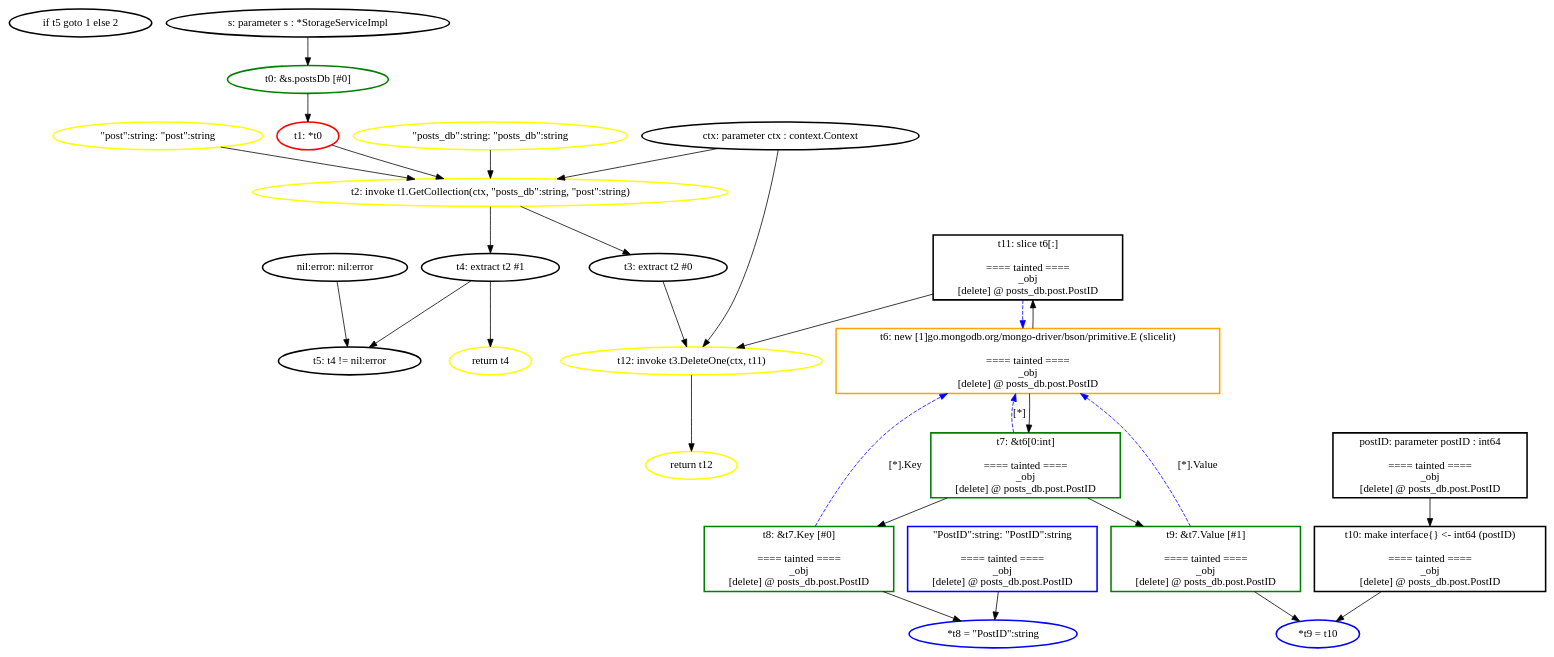
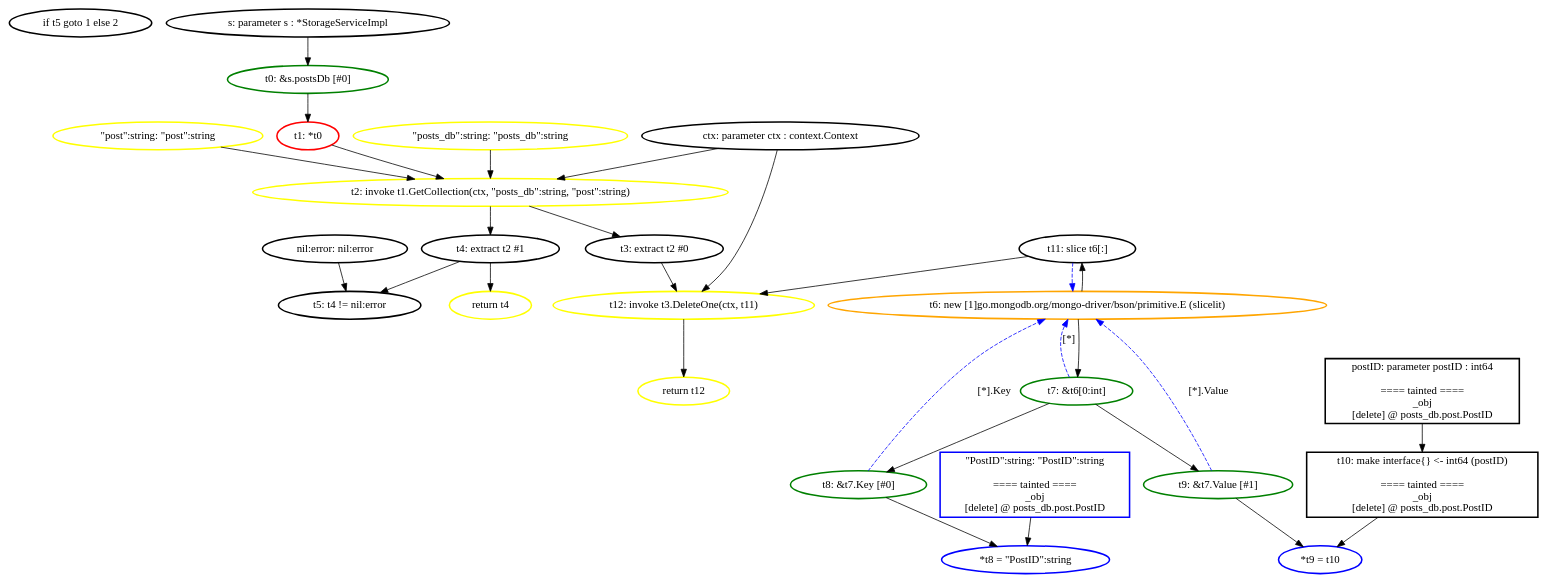
Before and after one commit to aletheia-microservices/aletheia: the diagram in ssa_analysis/analyzer/output/postnotification_simple/ssagraphs/postnotification_simple.StorageService.DeletePost.dot, drawn with Graphviz. The commit also changed 483 other files, not shown here.

Commit message:
feat(taint): taint nosql objects for operations using multi-get cursors and nested bson filters

```diff
--- a/ssa_analysis/analyzer/output/postnotification_simple/ssagraphs/postnotification_simple.StorageService.DeletePost.dot
+++ b/ssa_analysis/analyzer/output/postnotification_simple/ssagraphs/postnotification_simple.StorageService.DeletePost.dot
@@ -1,101 +1,76 @@
 digraph G {
 	rankdir=TD;
-	N_instr__2071246046 [label="if t5 goto 1 else 2", style=bold, shape=ellipse, color="black"];
-	N_instr__2071246046 [label="if t5 goto 1 else 2", style=bold, shape=ellipse, color="black"];
-	N_instr_ret_3247999 [label="return t4", style=bold, shape=ellipse, color="yellow"];
-	N_instr_ret_3247999 [label="return t4", style=bold, shape=ellipse, color="yellow"];
-	N_instr_ret_3248064 [label="return t12", style=bold, shape=ellipse, color="yellow"];
-	N_instr_ret_3248064 [label="return t12", style=bold, shape=ellipse, color="yellow"];
-	N_instr_store_3248035 [label="*t8 = \"PostID\":string", style=bold, shape=ellipse, color="blue"];
-	N_instr_store_3248035 [label="*t8 = \"PostID\":string", style=bold, shape=ellipse, color="blue"];
-	N_instr_store_3248052 [label="*t9 = t10", style=bold, shape=ellipse, color="blue"];
-	N_instr_store_3248052 [label="*t9 = t10", style=bold, shape=ellipse, color="blue"];
-	N_nil_1417432314 [label="nil:error: nil:error", style=bold, shape=ellipse, color="black"];
+	N_instr__1323021812 [label="if t5 goto 1 else 2", style=bold, shape=ellipse, color="black"];
+	N_instr__1323021812 [label="if t5 goto 1 else 2", style=bold, shape=ellipse, color="black"];
+	N_instr_ret_3700363 [label="return t4", style=bold, shape=ellipse, color="yellow"];
+	N_instr_ret_3700363 [label="return t4", style=bold, shape=ellipse, color="yellow"];
+	N_instr_ret_3700428 [label="return t12", style=bold, shape=ellipse, color="yellow"];
+	N_instr_ret_3700428 [label="return t12", style=bold, shape=ellipse, color="yellow"];
+	N_instr_store_3700399 [label="*t8 = \"PostID\":string", style=bold, shape=ellipse, color="blue"];
+	N_instr_store_3700399 [label="*t8 = \"PostID\":string", style=bold, shape=ellipse, color="blue"];
+	N_instr_store_3700416 [label="*t9 = t10", style=bold, shape=ellipse, color="blue"];
+	N_instr_store_3700416 [label="*t9 = t10", style=bold, shape=ellipse, color="blue"];
+	N_nil_128095873 [label="nil:error: nil:error", style=bold, shape=ellipse, color="black"];
 	N_val__PostID__string [label="\"PostID\":string: \"PostID\":string
 
 ==== tainted ====
 _obj
 [delete] @ posts_db.post.PostID
 ", style=bold, shape=box, color="blue"];
 	N_val__post__string [label="\"post\":string: \"post\":string", style=bold, shape=ellipse, color="yellow"];
 	N_val__posts_db__string [label="\"posts_db\":string: \"posts_db\":string", style=bold, shape=ellipse, color="yellow"];
-	N_val_alloc_3248030 [label="t6: new [1]go.mongodb.org/mongo-driver/bson/primitive.E (slicelit)
-
-==== tainted ====
-_obj
-[delete] @ posts_db.post.PostID
-", style=bold, shape=box, color="orange"];
-	N_val_binary_3247988 [label="t5: t4 != nil:error", style=bold, shape=ellipse, color="black"];
-	N_val_call_3247954 [label="t2: invoke t1.GetCollection(ctx, \"posts_db\":string, \"post\":string)", style=bold, shape=ellipse, color="yellow"];
-	N_val_call_3248091 [label="t12: invoke t3.DeleteOne(ctx, t11)", style=bold, shape=ellipse, color="yellow"];
+	N_val_alloc_3700394 [label="t6: new [1]go.mongodb.org/mongo-driver/bson/primitive.E (slicelit)", style=bold, shape=ellipse, color="orange"];
+	N_val_binary_3700352 [label="t5: t4 != nil:error", style=bold, shape=ellipse, color="black"];
+	N_val_call_3700318 [label="t2: invoke t1.GetCollection(ctx, \"posts_db\":string, \"post\":string)", style=bold, shape=ellipse, color="yellow"];
+	N_val_call_3700455 [label="t12: invoke t3.DeleteOne(ctx, t11)", style=bold, shape=ellipse, color="yellow"];
 	N_val_extrt3 [label="t3: extract t2 #0", style=bold, shape=ellipse, color="black"];
 	N_val_extrt4 [label="t4: extract t2 #1", style=bold, shape=ellipse, color="black"];
-	N_val_field_3247933 [label="t0: &s.postsDb [#0]", style=bold, shape=ellipse, color="green"];
-	N_val_field_3248035 [label="t8: &t7.Key [#0]
-
-==== tainted ====
-_obj
-[delete] @ posts_db.post.PostID
-", style=bold, shape=box, color="green"];
-	N_val_field_3248052 [label="t9: &t7.Value [#1]
-
-==== tainted ====
-_obj
-[delete] @ posts_db.post.PostID
-", style=bold, shape=box, color="green"];
+	N_val_field_3700297 [label="t0: &s.postsDb [#0]", style=bold, shape=ellipse, color="green"];
+	N_val_field_3700399 [label="t8: &t7.Key [#0]", style=bold, shape=ellipse, color="green"];
+	N_val_field_3700416 [label="t9: &t7.Value [#1]", style=bold, shape=ellipse, color="green"];
 	N_val_ifacet10 [label="t10: make interface{} <- int64 (postID)
 
 ==== tainted ====
 _obj
 [delete] @ posts_db.post.PostID
 ", style=bold, shape=box, color="black"];
-	N_val_indext7 [label="t7: &t6[0:int]
-
-==== tainted ====
-_obj
-[delete] @ posts_db.post.PostID
-", style=bold, shape=box, color="green"];
-	N_val_param_3247834 [label="s: parameter s : *StorageServiceImpl", style=bold, shape=ellipse, color="black"];
-	N_val_param_3247868 [label="ctx: parameter ctx : context.Context", style=bold, shape=ellipse, color="black"];
-	N_val_param_3247889 [label="postID: parameter postID : int64
+	N_val_indext7 [label="t7: &t6[0:int]", style=bold, shape=ellipse, color="green"];
+	N_val_param_3700198 [label="s: parameter s : *StorageServiceImpl", style=bold, shape=ellipse, color="black"];
+	N_val_param_3700232 [label="ctx: parameter ctx : context.Context", style=bold, shape=ellipse, color="black"];
+	N_val_param_3700253 [label="postID: parameter postID : int64
 
 ==== tainted ====
 _obj
 [delete] @ posts_db.post.PostID
 ", style=bold, shape=box, color="black"];
-	N_val_slice_3248030 [label="t11: slice t6[:]
-
-==== tainted ====
-_obj
-[delete] @ posts_db.post.PostID
-", style=bold, shape=box, color="black"];
-	N_val_unary_3247933 [label="t1: *t0", style=bold, shape=ellipse, color="red"];
-	N_val_param_3247834 -> N_val_field_3247933;
-	N_val_field_3247933 -> N_val_unary_3247933;
-	N_val_param_3247868 -> N_val_call_3247954;
-	N_val__posts_db__string -> N_val_call_3247954;
-	N_val__post__string -> N_val_call_3247954;
-	N_val_unary_3247933 -> N_val_call_3247954;
-	N_val_call_3247954 -> N_val_extrt3;
-	N_val_call_3247954 -> N_val_extrt4;
-	N_val_extrt4 -> N_val_binary_3247988;
-	N_nil_1417432314 -> N_val_binary_3247988;
-	N_val_extrt4 -> N_instr_ret_3247999;
-	N_val_alloc_3248030 -> N_val_indext7;
-	N_val_indext7 -> N_val_field_3248035;
-	N_val_indext7 -> N_val_field_3248052;
-	N_val_field_3248035 -> N_instr_store_3248035;
-	N_val__PostID__string -> N_instr_store_3248035;
-	N_val_param_3247889 -> N_val_ifacet10;
-	N_val_field_3248052 -> N_instr_store_3248052;
-	N_val_ifacet10 -> N_instr_store_3248052;
-	N_val_alloc_3248030 -> N_val_slice_3248030;
-	N_val_param_3247868 -> N_val_call_3248091;
-	N_val_slice_3248030 -> N_val_call_3248091;
-	N_val_extrt3 -> N_val_call_3248091;
-	N_val_call_3248091 -> N_instr_ret_3248064;
-	N_val_indext7 -> N_val_alloc_3248030 [label="[*]", style=dashed, color=blue];
-	N_val_field_3248052 -> N_val_alloc_3248030 [label="[*].Value", style=dashed, color=blue];
-	N_val_field_3248035 -> N_val_alloc_3248030 [label="[*].Key", style=dashed, color=blue];
-	N_val_slice_3248030 -> N_val_alloc_3248030 [label="", style=dashed, color=blue];
+	N_val_slice_3700394 [label="t11: slice t6[:]", style=bold, shape=ellipse, color="black"];
+	N_val_unary_3700297 [label="t1: *t0", style=bold, shape=ellipse, color="red"];
+	N_val_param_3700198 -> N_val_field_3700297;
+	N_val_field_3700297 -> N_val_unary_3700297;
+	N_val_param_3700232 -> N_val_call_3700318;
+	N_val__posts_db__string -> N_val_call_3700318;
+	N_val__post__string -> N_val_call_3700318;
+	N_val_unary_3700297 -> N_val_call_3700318;
+	N_val_call_3700318 -> N_val_extrt3;
+	N_val_call_3700318 -> N_val_extrt4;
+	N_val_extrt4 -> N_val_binary_3700352;
+	N_nil_128095873 -> N_val_binary_3700352;
+	N_val_extrt4 -> N_instr_ret_3700363;
+	N_val_alloc_3700394 -> N_val_indext7;
+	N_val_indext7 -> N_val_field_3700399;
+	N_val_indext7 -> N_val_field_3700416;
+	N_val_field_3700399 -> N_instr_store_3700399;
+	N_val__PostID__string -> N_instr_store_3700399;
+	N_val_param_3700253 -> N_val_ifacet10;
+	N_val_field_3700416 -> N_instr_store_3700416;
+	N_val_ifacet10 -> N_instr_store_3700416;
+	N_val_alloc_3700394 -> N_val_slice_3700394;
+	N_val_param_3700232 -> N_val_call_3700455;
+	N_val_slice_3700394 -> N_val_call_3700455;
+	N_val_extrt3 -> N_val_call_3700455;
+	N_val_call_3700455 -> N_instr_ret_3700428;
+	N_val_slice_3700394 -> N_val_alloc_3700394 [label="", style=dashed, color=blue];
+	N_val_indext7 -> N_val_alloc_3700394 [label="[*]", style=dashed, color=blue];
+	N_val_field_3700399 -> N_val_alloc_3700394 [label="[*].Key", style=dashed, color=blue];
+	N_val_field_3700416 -> N_val_alloc_3700394 [label="[*].Value", style=dashed, color=blue];
 }
```
